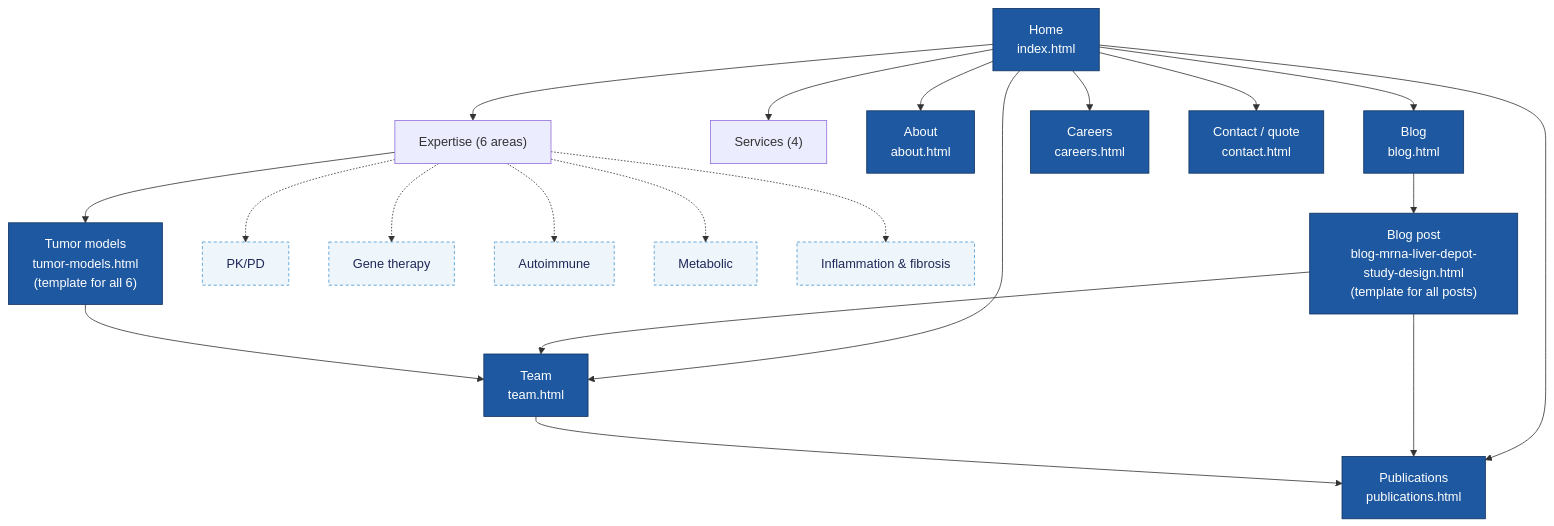
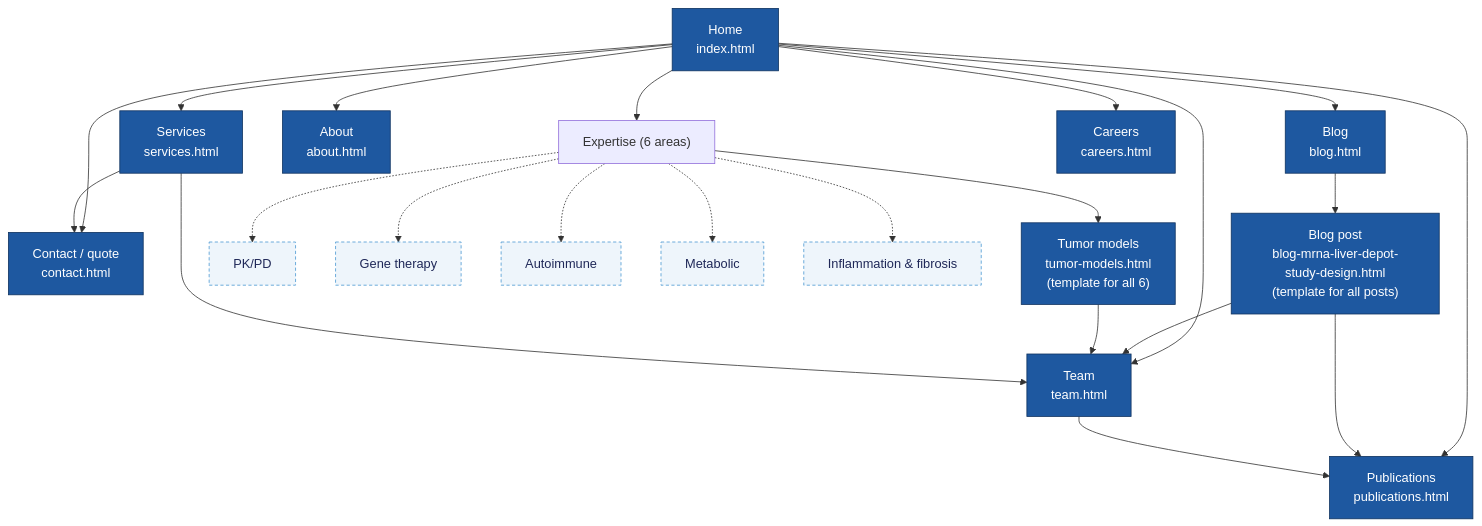
One commit to CptNope/Alpha-Preclinical changed the second of 8 diagrams in README.md. Above: the diagram before and after it, drawn with Mermaid. The commit also changed other lines of this file and 22 other files, not shown here.

````diff
--- a/README.md
+++ b/README.md
@@ -64,30 +64,32 @@
 ```mermaid
 flowchart TD
     H["Home<br/>index.html"]
     H --> EX["Expertise (6 areas)"]
-    H --> SV["Services (4)"]
+    H --> SV["Services<br/>services.html"]
     H --> AB["About<br/>about.html"]
     H --> TM["Team<br/>team.html"]
     H --> PB["Publications<br/>publications.html"]
     H --> BL["Blog<br/>blog.html"]
     H --> CA["Careers<br/>careers.html"]
     H --> CO["Contact / quote<br/>contact.html"]
 
     EX --> TU["Tumor models<br/>tumor-models.html<br/>(template for all 6)"]
     EX -.-> X1["PK/PD"]
     EX -.-> X2["Gene therapy"]
     EX -.-> X3["Autoimmune"]
     EX -.-> X4["Metabolic"]
     EX -.-> X5["Inflammation & fibrosis"]
 
     BL --> BP["Blog post<br/>blog-mrna-liver-depot-study-design.html<br/>(template for all posts)"]
     BP --> PB
     BP --> TM
     TM --> PB
     TU --> TM
+    SV --> TM
+    SV --> CO
 
     classDef built fill:#1E58A0,color:#fff,stroke:#0F3360
     classDef todo fill:#EEF5FB,color:#1F2858,stroke:#4B98D2,stroke-dasharray:4 3
-    class H,AB,TM,PB,BL,CA,CO,TU,BP built
+    class H,SV,AB,TM,PB,BL,CA,CO,TU,BP built
     class X1,X2,X3,X4,X5 todo
 ```
````
